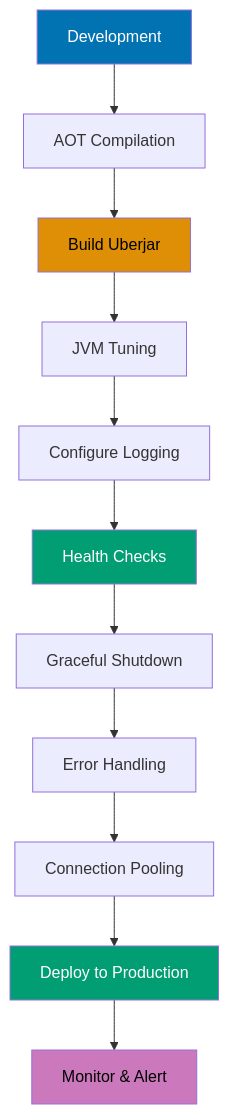
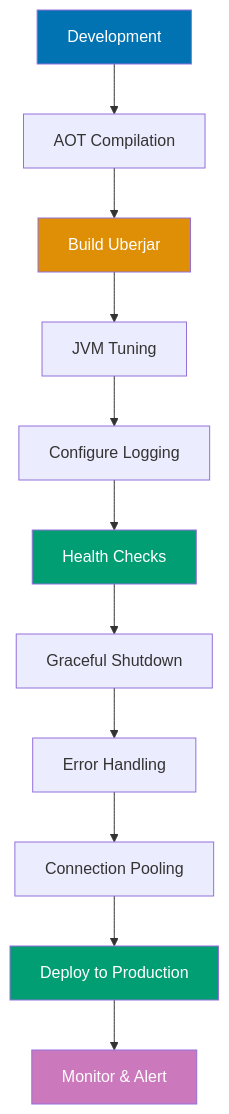
One commit to wahidyankf/open-sharia-enterprise changed diagram 13 of 13 in apps/ayokoding-web/content/en/learn/software-engineering/programming-languages/clojure/by-example/advanced.md. Above: the diagram before and after it, drawn with Mermaid. The commit also changed other lines of this file and 61 other files, not shown here.

First line of the commit message:
fix(ayokoding-web): quote Mermaid node labels with special characters in Example 63

````diff
--- a/apps/ayokoding-web/content/en/learn/software-engineering/programming-languages/clojure/by-example/advanced.md
+++ b/apps/ayokoding-web/content/en/learn/software-engineering/programming-languages/clojure/by-example/advanced.md
@@ -1480,20 +1480,20 @@
 ```mermaid
 %% Production deployment pipeline
 graph TD
     A[Development] --> B[AOT Compilation]
     B --> C[Build Uberjar]
     C --> D[JVM Tuning]
     D --> E[Configure Logging]
     E --> F[Health Checks]
     F --> G[Graceful Shutdown]
     G --> H[Error Handling]
     H --> I[Connection Pooling]
     I --> J[Deploy to Production]
     J --> K[Monitor & Alert]
 
     style A fill:#0173B2,color:#fff
-    style C fill:#DE8F05,color:#000
+    style C fill:#DE8F05,color:#fff
     style F fill:#029E73,color:#fff
     style J fill:#029E73,color:#fff
-    style K fill:#CC78BC,color:#000
+    style K fill:#CC78BC,color:#fff
 ```
````
